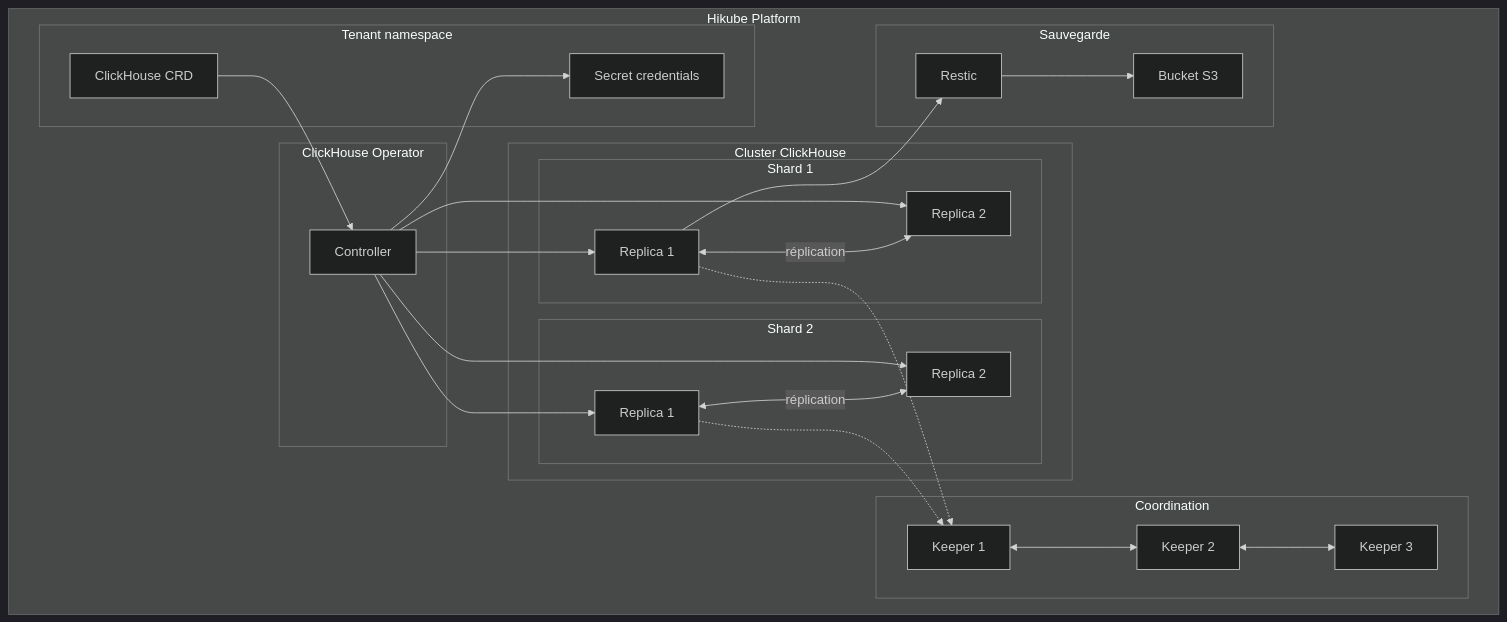
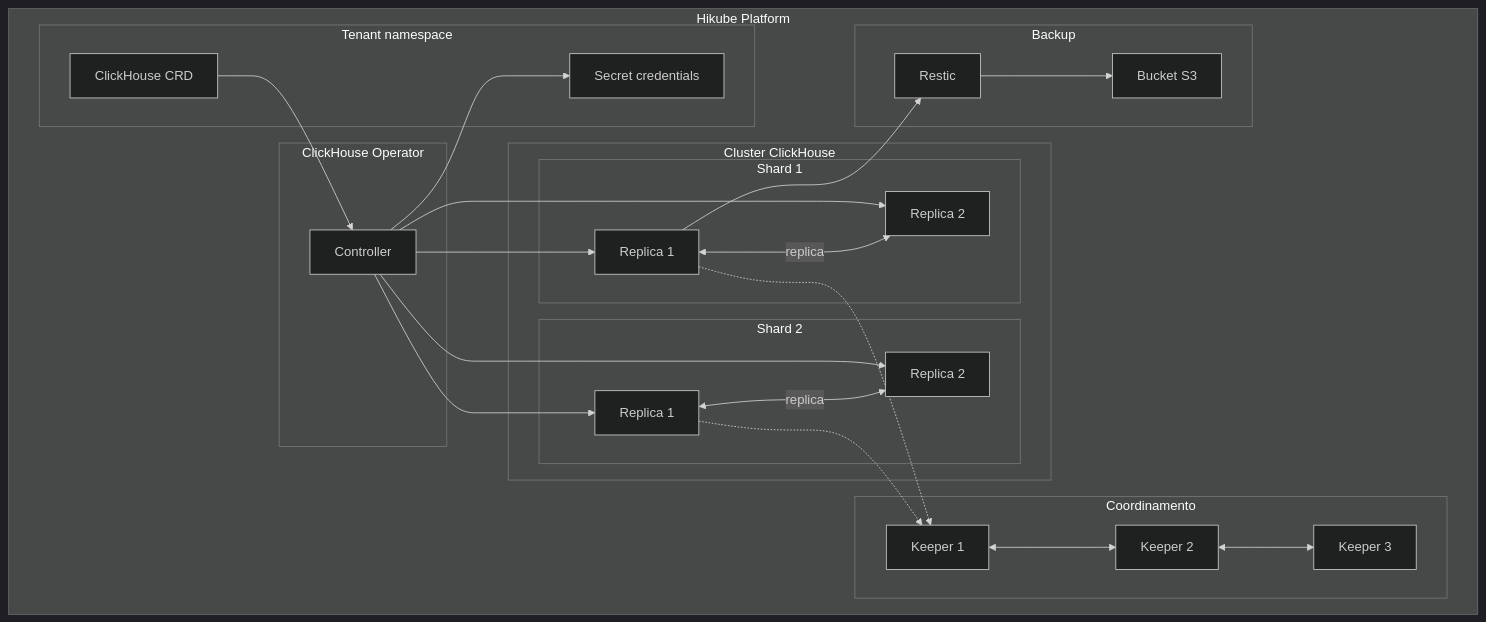
One commit to HidoraSwiss/hikube-public-doc changed the first of 2 diagrams in i18n/it/docusaurus-plugin-content-docs/current/services/databases/clickhouse/concepts.md. Above: the diagram before and after it, drawn with Mermaid (dark theme). The commit also changed other lines of this file and 121 other files, not shown here.

````diff
--- a/i18n/it/docusaurus-plugin-content-docs/current/services/databases/clickhouse/concepts.md
+++ b/i18n/it/docusaurus-plugin-content-docs/current/services/databases/clickhouse/concepts.md
@@ -12,50 +12,50 @@
 ```mermaid
 graph TB
     subgraph "Hikube Platform"
         subgraph "Tenant namespace"
             CR[ClickHouse CRD]
             SEC[Secret credentials]
         end
 
         subgraph "ClickHouse Operator"
             OP[Controller]
         end
 
         subgraph "Cluster ClickHouse"
             subgraph "Shard 1"
                 S1R1[Replica 1]
                 S1R2[Replica 2]
             end
             subgraph "Shard 2"
                 S2R1[Replica 1]
                 S2R2[Replica 2]
             end
         end
 
-        subgraph "Coordination"
+        subgraph "Coordinamento"
             K1[Keeper 1]
             K2[Keeper 2]
             K3[Keeper 3]
         end
 
-        subgraph "Sauvegarde"
+        subgraph "Backup"
             S3[Bucket S3]
             RES[Restic]
         end
     end
 
     CR --> OP
     OP --> S1R1
     OP --> S1R2
     OP --> S2R1
     OP --> S2R2
-    S1R1 <-->|réplication| S1R2
-    S2R1 <-->|réplication| S2R2
+    S1R1 <-->|replica| S1R2
+    S2R1 <-->|replica| S2R2
     K1 <--> K2
     K2 <--> K3
     S1R1 -.-> K1
     S2R1 -.-> K1
     OP --> SEC
     S1R1 --> RES
     RES --> S3
 ```
````
